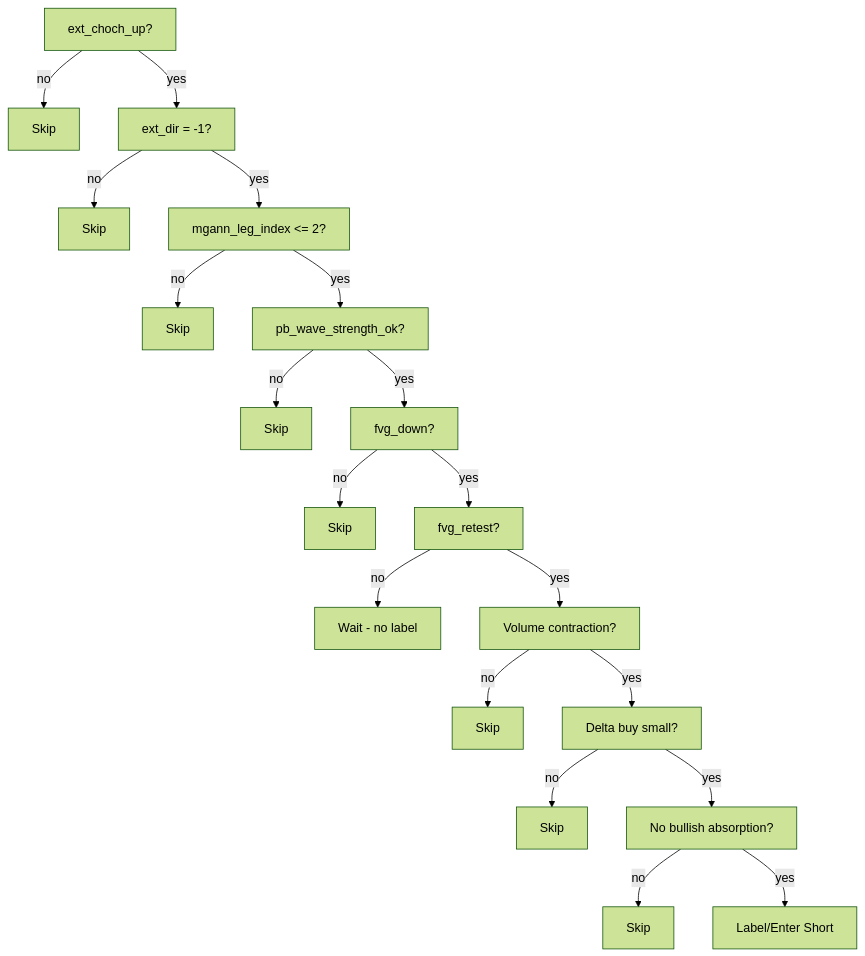
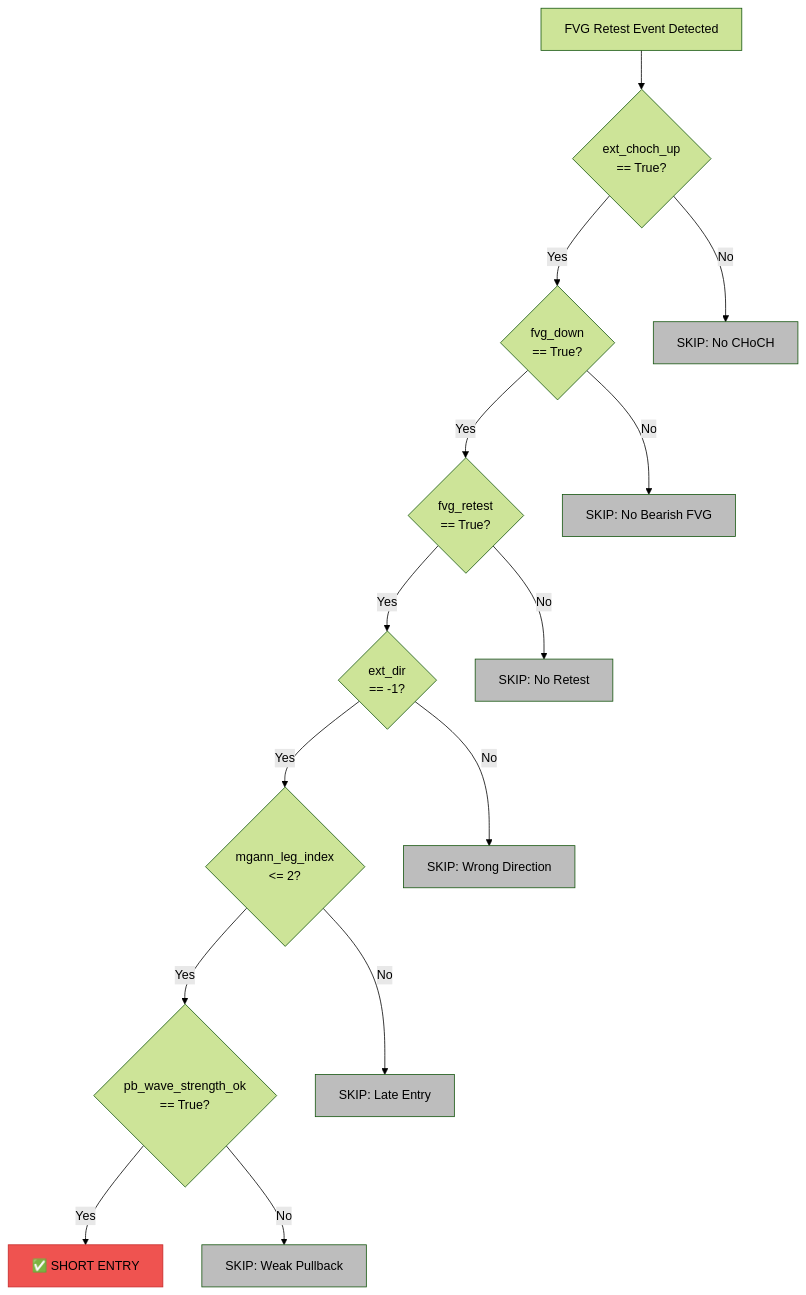
The third of 6 diagrams in docs/SMC_Strategy_Short_v1.md (copcon121/plantrainAI), drawn with Mermaid (forest theme) before and after one commit. The commit also changed other lines of this file and 6 other files, not shown here.

First line of the commit message:
docs: Add comprehensive Mermaid diagrams for Layer Architecture V3

````diff
--- a/docs/SMC_Strategy_Short_v1.md
+++ b/docs/SMC_Strategy_Short_v1.md
@@ -30,21 +90,36 @@
 ```mermaid
 flowchart TD
-    A[ext_choch_up?] -->|no| SKIP1[Skip]
-    A -->|yes| B[ext_dir = -1?]
-    B -->|no| SKIP2[Skip]
-    B -->|yes| C[mgann_leg_index <= 2?]
-    C -->|no| SKIP3[Skip]
-    C -->|yes| D[pb_wave_strength_ok?]
-    D -->|no| SKIP4[Skip]
-    D -->|yes| E[fvg_down?]
-    E -->|no| SKIP5[Skip]
-    E -->|yes| F[fvg_retest?]
-    F -->|no| WAIT[Wait - no label]
-    F -->|yes| G[Volume contraction?]
-    G -->|no| SKIP6[Skip]
-    G -->|yes| H[Delta buy small?]
-    H -->|no| SKIP7[Skip]
-    H -->|yes| I[No bullish absorption?]
-    I -->|no| SKIP8[Skip]
-    I -->|yes| S[Label/Enter Short]
+    START[FVG Retest Event Detected] --> C1
+
+    C1{ext_choch_up<br/>== True?}
+    C1 -->|Yes| C2
+    C1 -->|No| SKIP1[SKIP: No CHoCH]
+
+    C2{fvg_down<br/>== True?}
+    C2 -->|Yes| C3
+    C2 -->|No| SKIP2[SKIP: No Bearish FVG]
+
+    C3{fvg_retest<br/>== True?}
+    C3 -->|Yes| C4
+    C3 -->|No| SKIP3[SKIP: No Retest]
+
+    C4{ext_dir<br/>== -1?}
+    C4 -->|Yes| C5
+    C4 -->|No| SKIP4[SKIP: Wrong Direction]
+
+    C5{mgann_leg_index<br/><= 2?}
+    C5 -->|Yes| C6
+    C5 -->|No| SKIP5[SKIP: Late Entry]
+
+    C6{pb_wave_strength_ok<br/>== True?}
+    C6 -->|Yes| SHORT[✅ SHORT ENTRY]
+    C6 -->|No| SKIP6[SKIP: Weak Pullback]
+
+    style SHORT fill:#ef5350,stroke:#c62828
+    style SKIP1 fill:#bdbdbd
+    style SKIP2 fill:#bdbdbd
+    style SKIP3 fill:#bdbdbd
+    style SKIP4 fill:#bdbdbd
+    style SKIP5 fill:#bdbdbd
+    style SKIP6 fill:#bdbdbd
 ```
````
